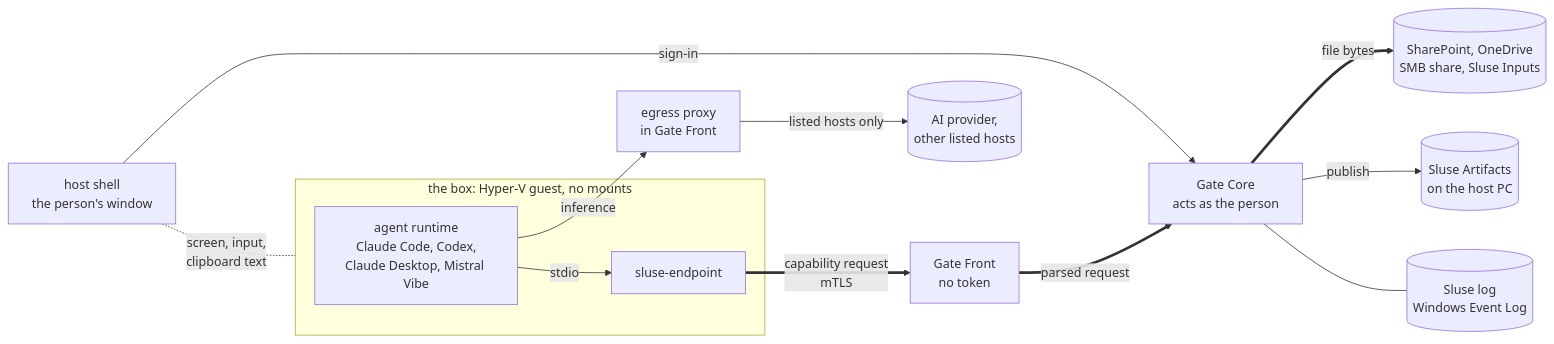
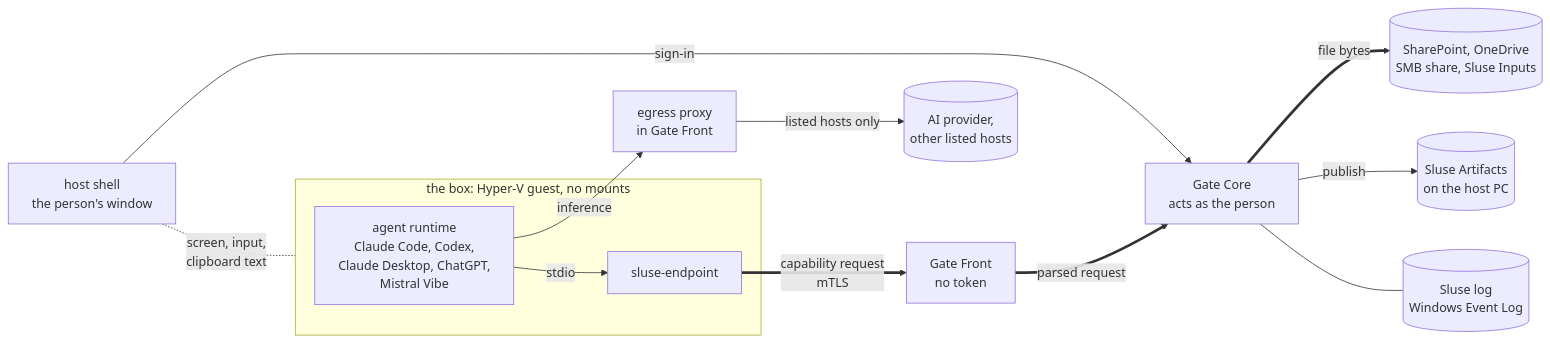
Before and after one commit to Git-SerenIT/Sluse: the diagram in README.md, drawn with Mermaid. The commit also changed other lines of this file and 27 other files, not shown here.

First line of the commit message:
0.1.4: the AI runtimes' organisation pins (D-072), ChatGPT's desktop app in the box (D-073)

````diff
--- a/README.md
+++ b/README.md
@@ -46,15 +46,15 @@
 ```mermaid
 flowchart LR
     subgraph BOX["the box: Hyper-V guest, no mounts"]
-        A["agent runtime<br/>Claude Code, Codex,<br/>Claude Desktop, Mistral Vibe"] -->|"stdio"| E["sluse-endpoint"]
+        A["agent runtime<br/>Claude Code, Codex,<br/>Claude Desktop, ChatGPT,<br/>Mistral Vibe"] -->|"stdio"| E["sluse-endpoint"]
     end
     SH["host shell<br/>the person's window"] -. "screen, input,<br/>clipboard text" .- BOX
     SH -->|"sign-in"| B
     E ==>|"capability request<br/>mTLS"| F["Gate Front<br/>no token"]
     F ==>|"parsed request"| B["Gate Core<br/>acts as the person"]
     B ==>|"file bytes"| S[("SharePoint, OneDrive<br/>SMB share, Sluse Inputs")]
     B -->|"publish"| D[("Sluse Artifacts<br/>on the host PC")]
     B --- L[("Sluse log<br/>Windows Event Log")]
     A -->|"inference"| P["egress proxy<br/>in Gate Front"]
     P -->|"listed hosts only"| M[("AI provider,<br/>other listed hosts")]
 ```
````
